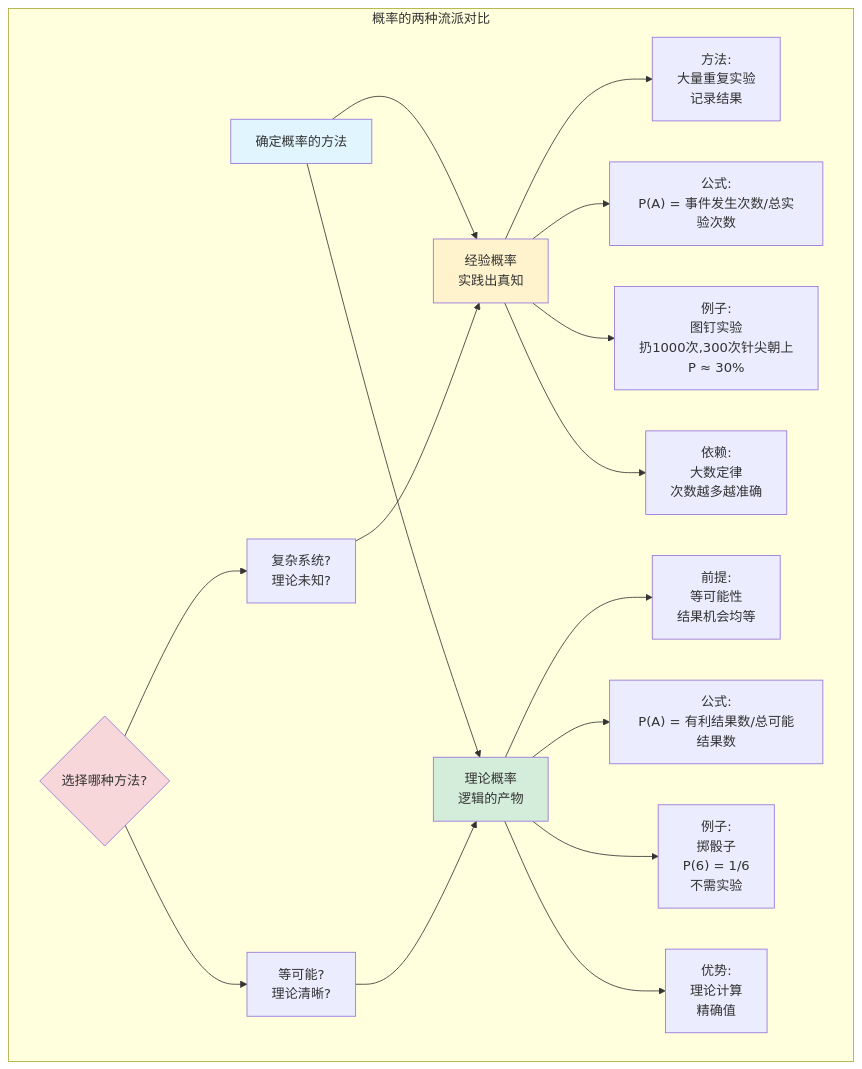
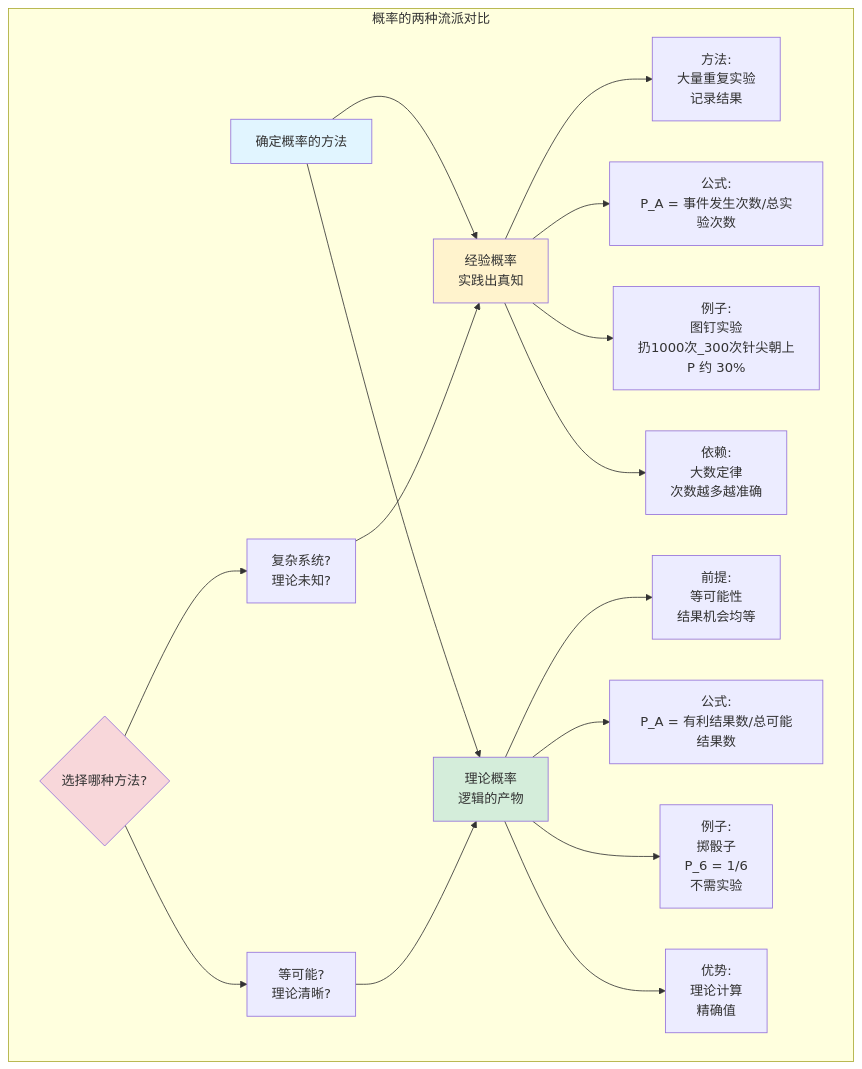
One commit to DISSIDIA-986/Applied-Statistics-Study-Guide changed the first of 4 diagrams in chapter-4.md. Above: the diagram before and after it, drawn with Mermaid. The commit also changed other lines of this file, not shown here.

Commit message:
Refactor mermaid diagrams in chapter 4 for clarity and consistency in probability concepts

````diff
--- a/chapter-4.md
+++ b/chapter-4.md
@@ -22,28 +22,28 @@
 ```mermaid
 graph TB
     subgraph "概率的两种流派对比"
     A[确定概率的方法] --> B[经验概率<br/>实践出真知]
     A --> C[理论概率<br/>逻辑的产物]
 
-    B --> D["方法:<br/>大量重复实验<br/>记录结果"]
-    B --> E["公式:<br/>P(A) = 事件发生次数/总实验次数"]
-    B --> F["例子:<br/>图钉实验<br/>扔1000次,300次针尖朝上<br/>P ≈ 30%"]
-    B --> G["依赖:<br/>大数定律<br/>次数越多越准确"]
+    B --> D[方法:<br/>大量重复实验<br/>记录结果]
+    B --> E[公式:<br/>P_A = 事件发生次数/总实验次数]
+    B --> F[例子:<br/>图钉实验<br/>扔1000次_300次针尖朝上<br/>P 约 30%]
+    B --> G[依赖:<br/>大数定律<br/>次数越多越准确]
 
-    C --> H["前提:<br/>等可能性<br/>结果机会均等"]
-    C --> I["公式:<br/>P(A) = 有利结果数/总可能结果数"]
-    C --> J["例子:<br/>掷骰子<br/>P(6) = 1/6<br/>不需实验"]
-    C --> K["优势:<br/>理论计算<br/>精确值"]
+    C --> H[前提:<br/>等可能性<br/>结果机会均等]
+    C --> I[公式:<br/>P_A = 有利结果数/总可能结果数]
+    C --> J[例子:<br/>掷骰子<br/>P_6 = 1/6<br/>不需实验]
+    C --> K[优势:<br/>理论计算<br/>精确值]
 
-    L{选择哪种方法?} --> M["等可能?<br/>理论清晰?"]
-    L --> N["复杂系统?<br/>理论未知?"]
+    L{选择哪种方法?} --> M[等可能?<br/>理论清晰?]
+    L --> N[复杂系统?<br/>理论未知?]
 
     M --> C
     N --> B
 
     style A fill:#e1f5ff
     style B fill:#fff3cd
     style C fill:#d4edda
     style L fill:#f8d7da
     end
 ```
````
